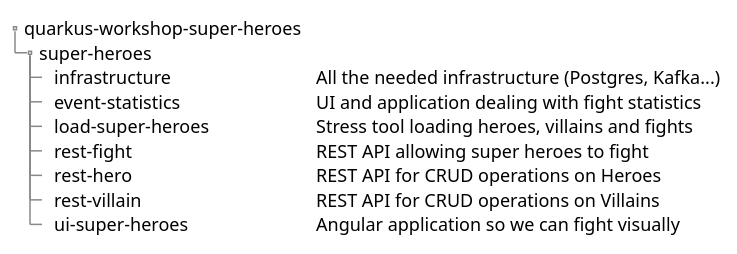
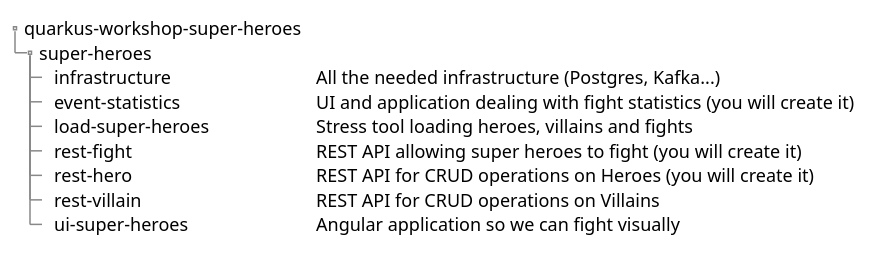
The second of 4 diagrams in quarkus-workshop-super-heroes/docs/src/main/asciidoc/introduction-preparing.adoc (quarkusio/quarkus-workshops), drawn with PlantUML before and after one commit. The commit also changed other lines of this file and 5 other files, not shown here.

```diff
--- a/quarkus-workshop-super-heroes/docs/src/main/asciidoc/introduction-preparing.adoc
+++ b/quarkus-workshop-super-heroes/docs/src/main/asciidoc/introduction-preparing.adoc
@@ -31,19 +34,19 @@
 [plantuml]
 ----
 @startsalt
 {
 {
 T
 quarkus-workshop-super-heroes
 + super-heroes
 ++ infrastructure          | All the needed infrastructure (Postgres, Kafka...)
-++ event-statistics        | UI and application dealing with fight statistics
+++ event-statistics        | UI and application dealing with fight statistics (you will create it)
 ++ load-super-heroes       | Stress tool loading heroes, villains and fights
-++ rest-fight              | REST API allowing super heroes to fight
-++ rest-hero               | REST API for CRUD operations on Heroes
+++ rest-fight              | REST API allowing super heroes to fight (you will create it)
+++ rest-hero               | REST API for CRUD operations on Heroes (you will create it)
 ++ rest-villain            | REST API for CRUD operations on Villains
 ++ ui-super-heroes         | Angular application so we can fight visually
 }
 }
 @endsalt
 ----
```
